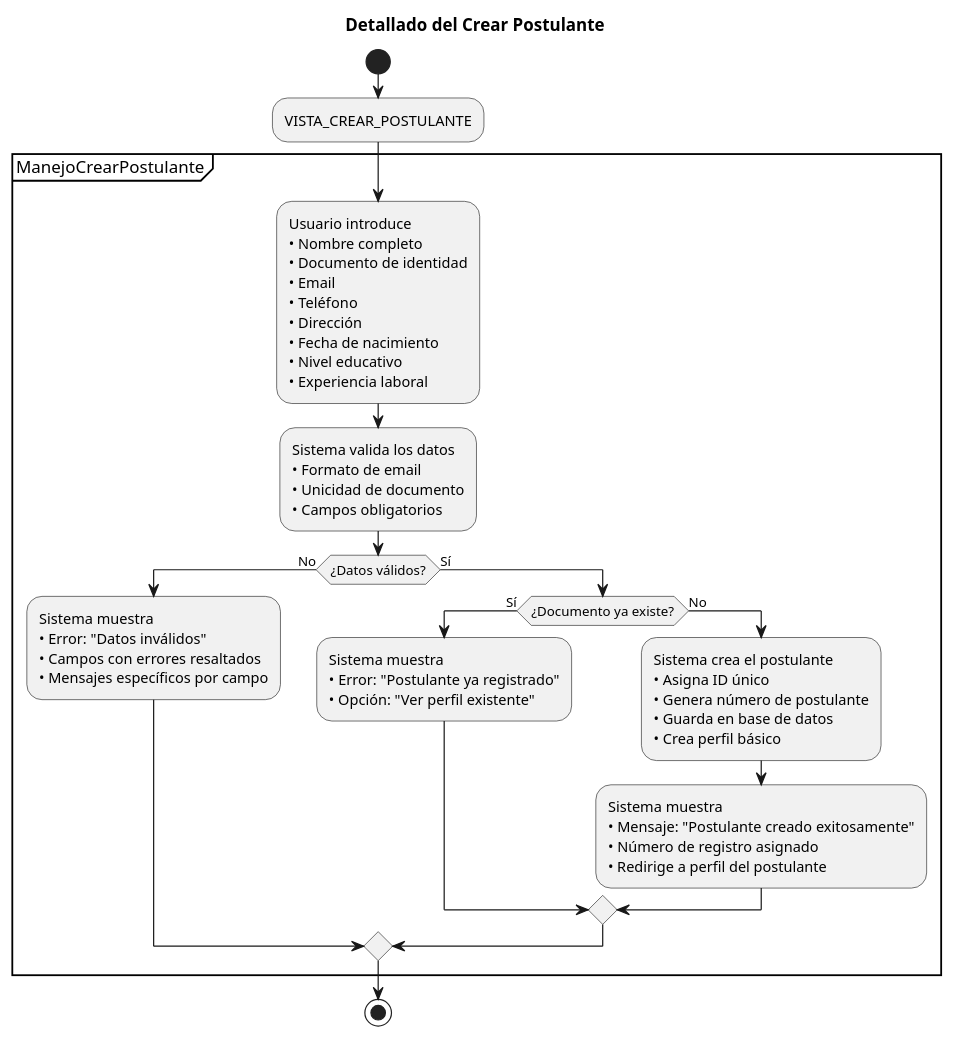
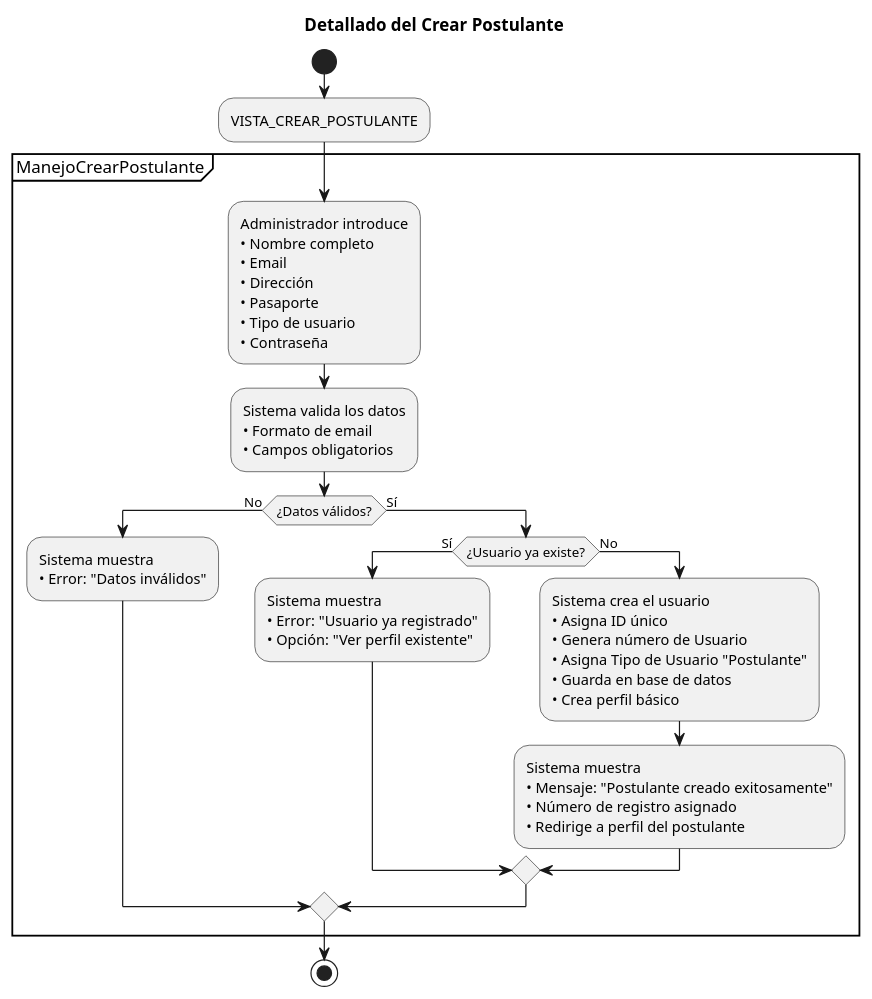
Before and after one commit to Dievex/24-25-IdSw1-SDR: the diagram in casos_de_uso/diagramas_casos_de_uso_detallados/crear_postulante.puml, drawn with PlantUML. The commit also changed 1 other file, not shown here.

Commit message:
Edicion de diagramas

```diff
--- a/casos_de_uso/diagramas_casos_de_uso_detallados/crear_postulante.puml
+++ b/casos_de_uso/diagramas_casos_de_uso_detallados/crear_postulante.puml
@@ -1,56 +1,55 @@
 @startuml
 title Detallado del Crear Postulante
 
 start
 
 :VISTA_CREAR_POSTULANTE;
 
 partition ManejoCrearPostulante {
   
-  :Usuario introduce
+  :Administrador introduce
   • Nombre completo
-  • Documento de identidad
   • Email
-  • Teléfono
   • Dirección
-  • Fecha de nacimiento
-  • Nivel educativo
-  • Experiencia laboral;
+  • Pasaporte
+  • Tipo de usuario
+  • Contraseña;
+
   
   :Sistema valida los datos
   • Formato de email
-  • Unicidad de documento
   • Campos obligatorios;
   
   if (¿Datos válidos?) then (No)
     :Sistema muestra
-    • Error: "Datos inválidos"
-    • Campos con errores resaltados
-    • Mensajes específicos por campo;
+    • Error: "Datos inválidos";
+   
+  
     
   else (Sí)
-    if (¿Documento ya existe?) then (Sí)
+    if (¿Usuario ya existe?) then (Sí)
       :Sistema muestra
-      • Error: "Postulante ya registrado"
+      • Error: "Usuario ya registrado"
       • Opción: "Ver perfil existente";
       
     else (No)
-      :Sistema crea el postulante
+      :Sistema crea el usuario
       • Asigna ID único
-      • Genera número de postulante
+      • Genera número de Usuario
+      • Asigna Tipo de Usuario "Postulante"
       • Guarda en base de datos
       • Crea perfil básico;
       
       :Sistema muestra
       • Mensaje: "Postulante creado exitosamente"
       • Número de registro asignado
       • Redirige a perfil del postulante;
       
     endif
     
   endif
   
 }
 
 stop
 @enduml
```
